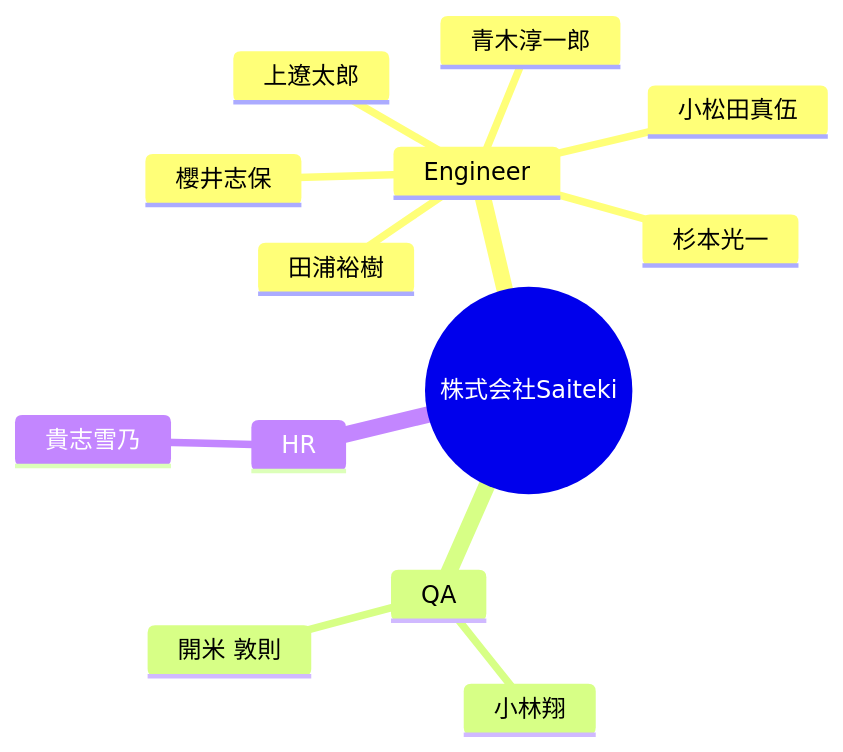
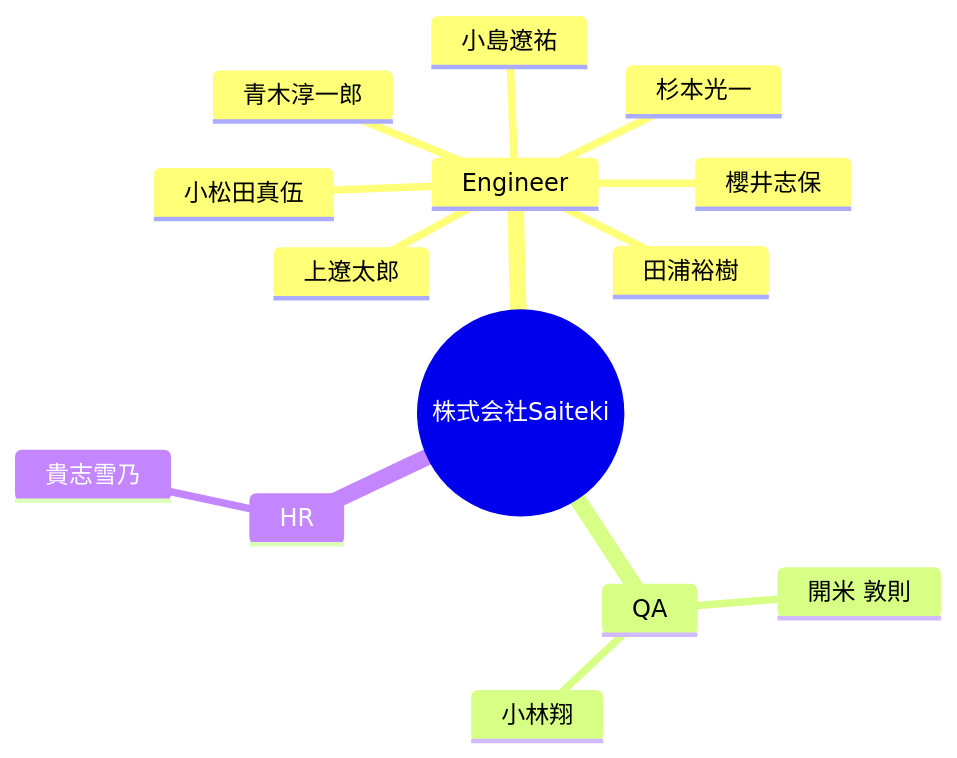
The diagram in docs/TEAM.md (Saitekiinc-com/saiteki-employee-management), drawn with Mermaid before and after one commit. The commit also changed other lines of this file and 2 other files, not shown here.

Commit message:
Update employee data from Issue #13

````diff
--- a/docs/TEAM.md
+++ b/docs/TEAM.md
@@ -5,16 +5,17 @@
 ```mermaid
 mindmap
   root((株式会社Saiteki))
     Engineer
       杉本光一
       青木淳一郎
       櫻井志保
       田浦裕樹
       上遼太郎
       小松田真伍
+      小島遼祐
     QA
       小林翔
       開米 敦則
     HR
       貴志雪乃
 ```
````
